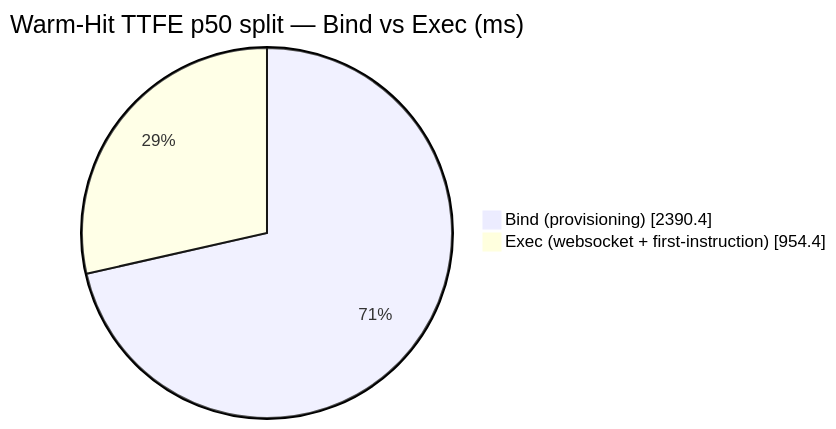
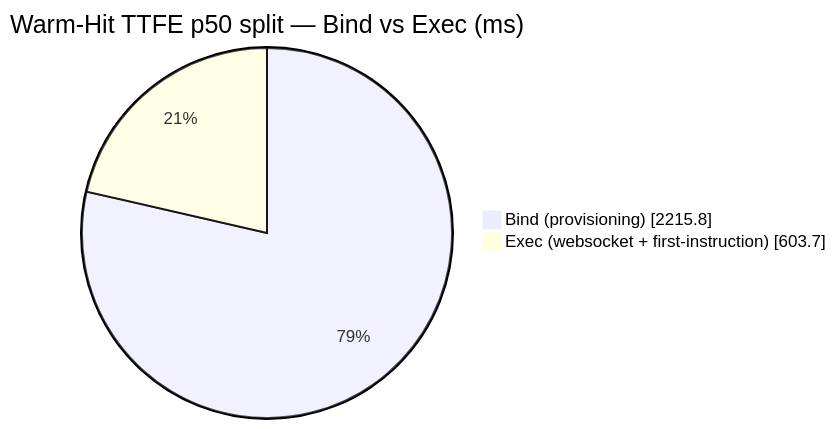
One commit to AlexBulankou/honest-bench changed the diagram in DETAILS.md. Above: the diagram before and after it, drawn with Mermaid. The commit also changed other lines of this file and 5 other files, not shown here.

````diff
--- a/DETAILS.md
+++ b/DETAILS.md
@@ -122,6 +123,6 @@
 ```mermaid
 pie showData
     title Warm-Hit TTFE p50 split — Bind vs Exec (ms)
-    "Bind (provisioning)" : 2390.4
-    "Exec (websocket + first-instruction)" : 954.4
+    "Bind (provisioning)" : 2215.8
+    "Exec (websocket + first-instruction)" : 603.7
 ```
````
